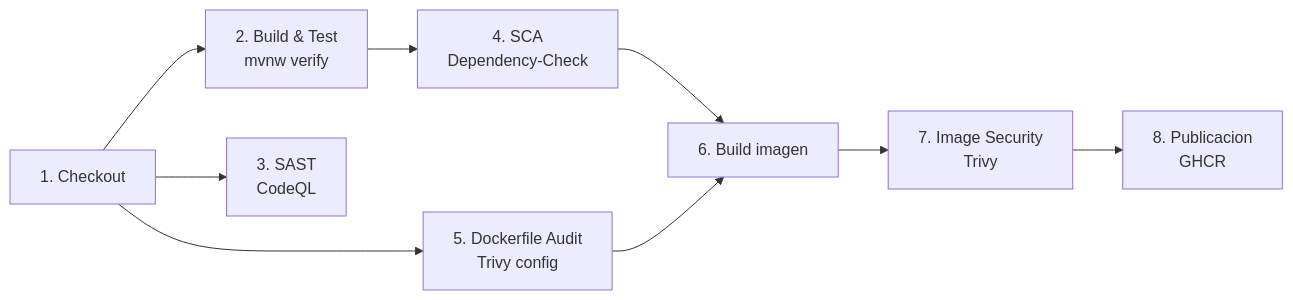
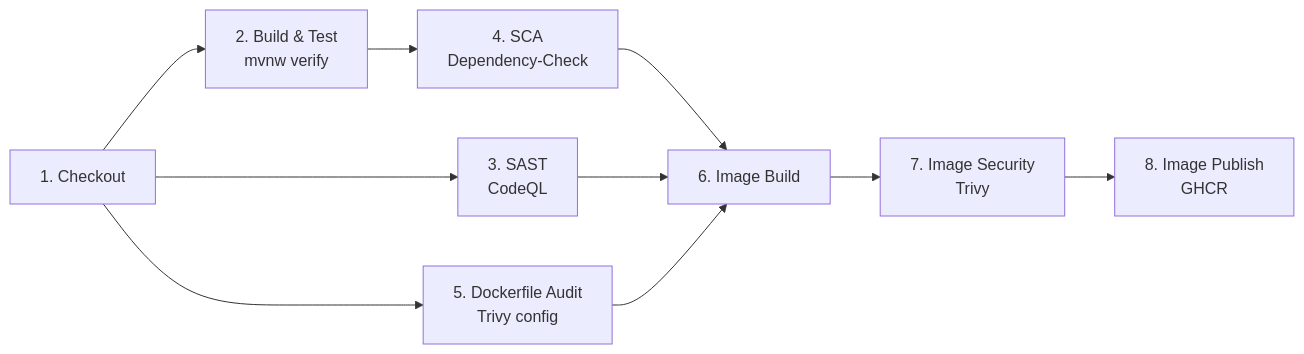
The diagram in README.md (daedov/pet-clinic), drawn with Mermaid before and after one commit. The commit also changed other lines of this file, not shown here.

````diff
--- a/README.md
+++ b/README.md
@@ -11,11 +17,12 @@
 ```mermaid
 flowchart LR
     CO[1. Checkout] --> BT[2. Build & Test<br/>mvnw verify]
     BT --> SCA[4. SCA<br/>Dependency-Check]
-    SCA --> IMG[6. Build imagen]
+    SCA --> IMG[6. Image Build]
     IMG --> TR[7. Image Security<br/>Trivy]
-    TR --> PUB[8. Publicacion<br/>GHCR]
+    TR --> PUB[8. Image Publish<br/>GHCR]
     CO --> SAST[3. SAST<br/>CodeQL]
+    SAST --> IMG
     CO --> DF[5. Dockerfile Audit<br/>Trivy config]
     DF --> IMG
 ```
````
